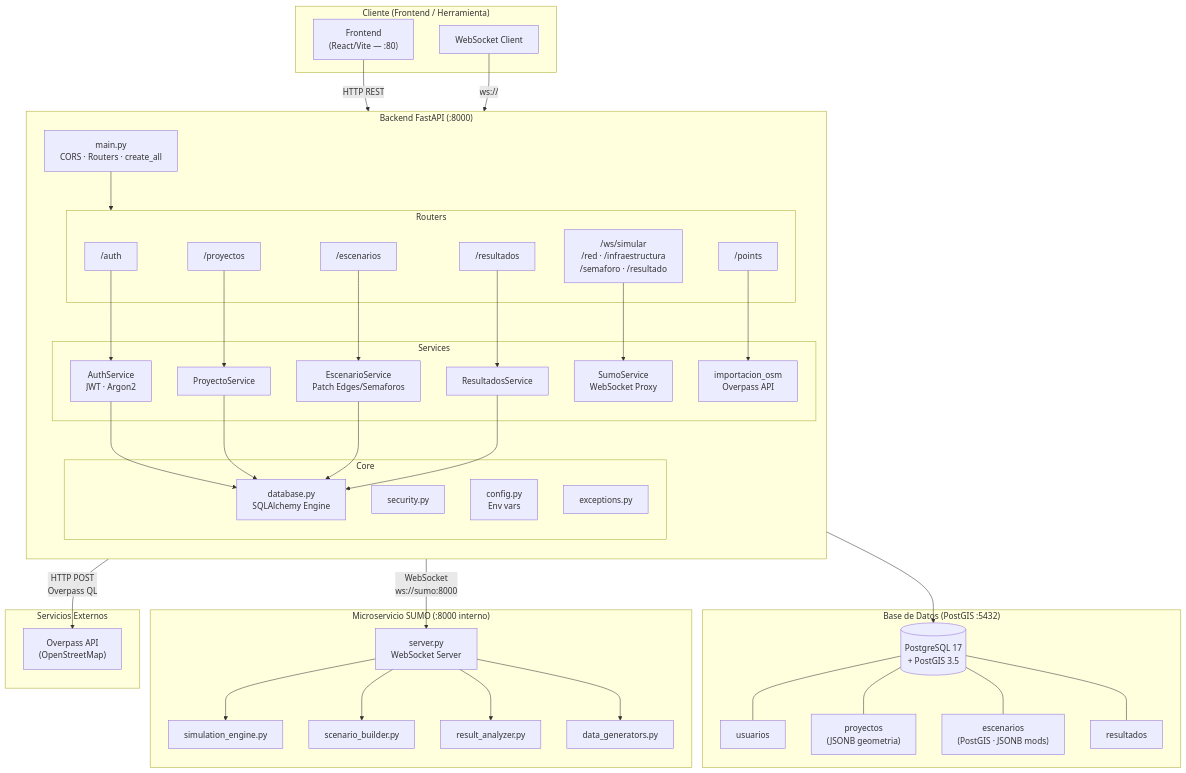
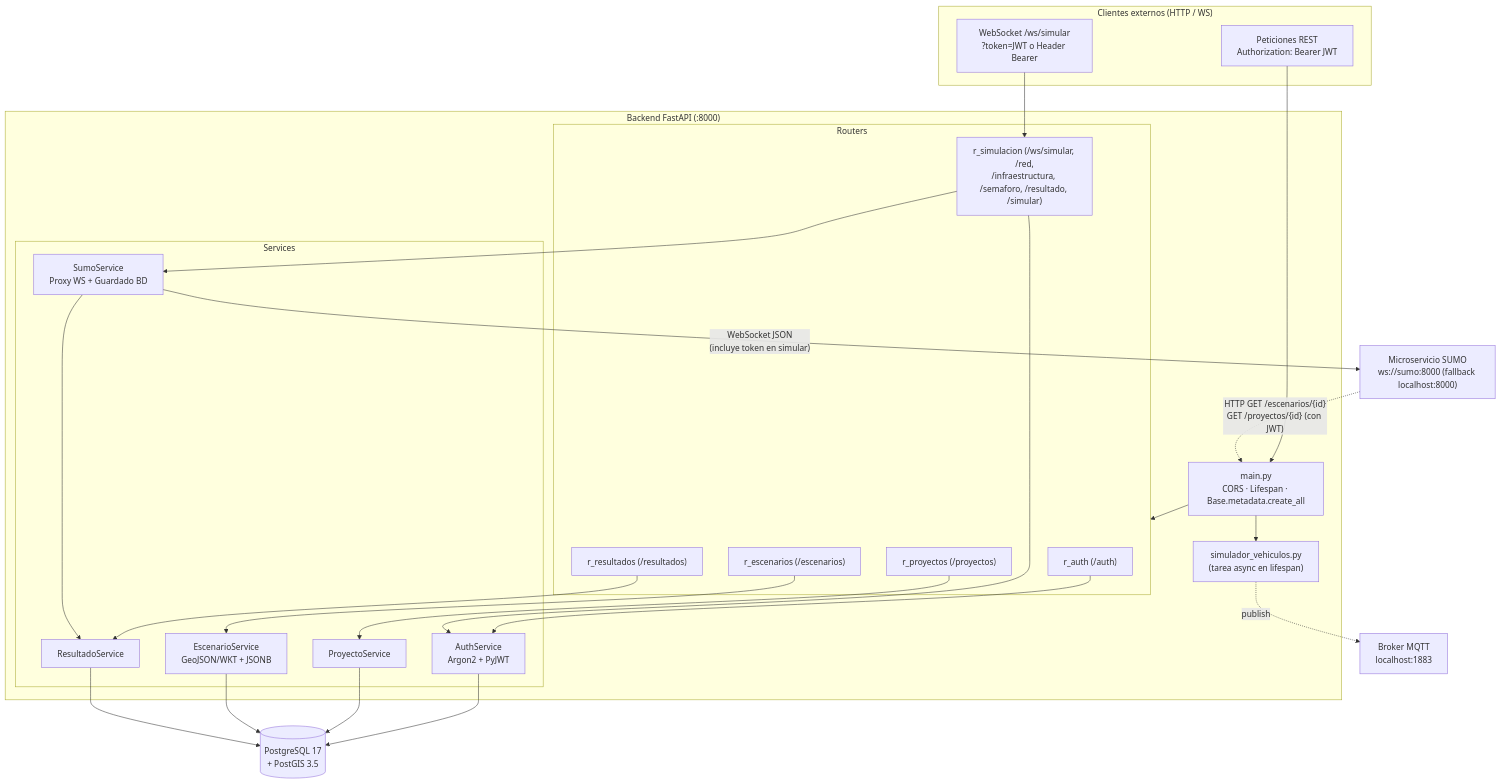
One commit to DMau1420/TranSystem-Twins changed the first of 2 diagrams in backend/README.md. Above: the diagram before and after it, drawn with Mermaid. The commit also changed other lines of this file and 12 other files, not shown here.

````diff
--- a/backend/README.md
+++ b/backend/README.md
@@ -161,81 +102,47 @@
 ```mermaid
 graph TB
-    subgraph Cliente["Cliente (Frontend / Herramienta)"]
-        FE["Frontend\n(React/Vite — :80)"]
-        WS_CLIENT["WebSocket Client"]
+    subgraph Client["Clientes externos (HTTP / WS)"]
+        HTTP["Peticiones REST\nAuthorization: Bearer JWT"]
+        WSC["WebSocket /ws/simular\n?token=JWT o Header Bearer"]
     end
 
     subgraph Backend["Backend FastAPI (:8000)"]
-        direction TB
-        MAIN["main.py\nCORS · Routers · create_all"]
+        MAIN["main.py\nCORS · Lifespan · Base.metadata.create_all"]
 
         subgraph Routers
-            R_AUTH["/auth"]
-            R_PROJ["/proyectos"]
-            R_ESC["/escenarios"]
-            R_RES["/resultados"]
-            R_SIM["/ws/simular\n/red · /infraestructura\n/semaforo · /resultado"]
-            R_PTS["/points"]
+            R_AUTH["r_auth (/auth)"]
+            R_PROJ["r_proyectos (/proyectos)"]
+            R_ESC["r_escenarios (/escenarios)"]
+            R_RES["r_resultados (/resultados)"]
+            R_SIM["r_simulacion (/ws/simular, /red,\n/infraestructura, /semaforo, /resultado, /simular)"]
         end
 
         subgraph Services
-            S_AUTH["AuthService\nJWT · Argon2"]
+            S_AUTH["AuthService\nArgon2 + PyJWT"]
             S_PROJ["ProyectoService"]
-            S_ESC["EscenarioService\nPatch Edges/Semaforos"]
-            S_RES["ResultadosService"]
-            S_SUMO["SumoService\nWebSocket Proxy"]
-            S_OSM["importacion_osm\nOverpass API"]
+            S_ESC["EscenarioService\nGeoJSON/WKT + JSONB"]
+            S_RES["ResultadoService"]
+            S_SUMO["SumoService\nProxy WS + Guardado BD"]
         end
 
-        subgraph Core
-            DB["database.py\nSQLAlchemy Engine"]
-            SEC["security.py"]
-            CFG["config.py\nEnv vars"]
-            EXC["exceptions.py"]
-        end
+        BG["simulador_vehiculos.py\n(tarea async en lifespan)"]
     end
 
-    subgraph DB_Layer["Base de Datos (PostGIS :5432)"]
-        PG[("PostgreSQL 17\n+ PostGIS 3.5")]
-        T1["usuarios"]
-        T2["proyectos\n(JSONB geometria)"]
-        T3["escenarios\n(PostGIS · JSONB mods)"]
-        T4["resultados"]
-    end
+    DB[("PostgreSQL 17\n+ PostGIS 3.5")]
+    SUMO["Microservicio SUMO\nws://sumo:8000 (fallback localhost:8000)"]
+    MQTT["Broker MQTT\nlocalhost:1883"]
 
-    subgraph SUMO_MS["Microservicio SUMO (:8000 interno)"]
-        SUMO_SRV["server.py\nWebSocket Server"]
-        SUMO_SIM["simulation_engine.py"]
-        SUMO_SCN["scenario_builder.py"]
-        SUMO_ANA["result_analyzer.py"]
-        SUMO_DATA["data_generators.py"]
-    end
-
-    subgraph Externos["Servicios Externos"]
-        OSM["Overpass API\n(OpenStreetMap)"]
-    end
-
-    FE -- "HTTP REST" --> MAIN
-    WS_CLIENT -- "ws://" --> R_SIM
-
-    MAIN --> Routers
+    HTTP --> MAIN --> Routers
+    WSC --> R_SIM
     R_AUTH --> S_AUTH
     R_PROJ --> S_PROJ
     R_ESC --> S_ESC
     R_RES --> S_RES
-    R_SIM --> S_SUMO
-    R_PTS --> S_OSM
+    R_SIM --> S_AUTH & S_SUMO
 
-    S_AUTH --> DB
-    S_PROJ --> DB
-    S_ESC --> DB
-    S_RES --> DB
-
-    DB --> PG
-    PG --- T1 & T2 & T3 & T4
-
-    S_SUMO -- "WebSocket\nws://sumo:8000" --> SUMO_SRV
-    SUMO_SRV --> SUMO_SIM & SUMO_SCN & SUMO_ANA & SUMO_DATA
-
-    S_OSM -- "HTTP POST\nOverpass QL" --> OSM
+    S_AUTH & S_PROJ & S_ESC & S_RES --> DB
+    S_SUMO --> S_RES
+    S_SUMO -- "WebSocket JSON\n(incluye token en simular)" --> SUMO
+    SUMO -. "HTTP GET /escenarios/{id}\nGET /proyectos/{id} (con JWT)" .-> MAIN
+    MAIN --> BG -. "publish" .-> MQTT
 ```
````
